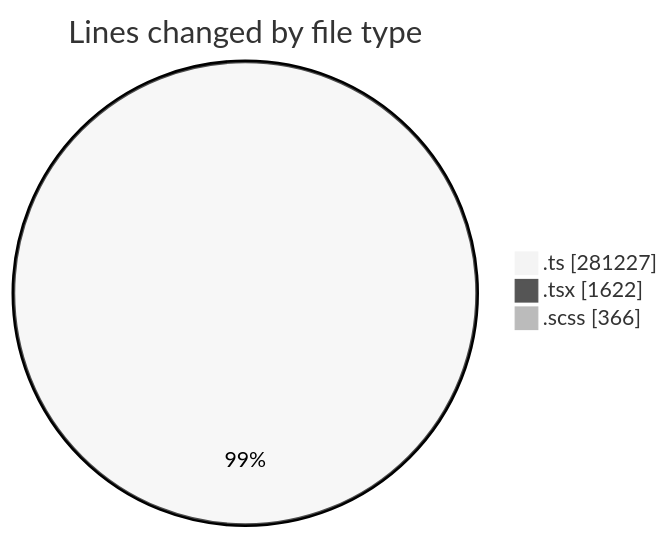
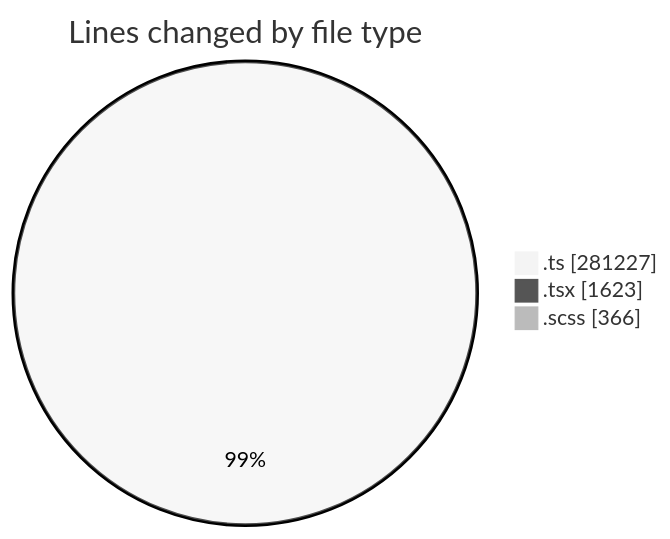
One commit to momahboobian/code-tracking changed the first of 2 diagrams in 2025-08-22/cda/README.md. Above: the diagram before and after it, drawn with Mermaid (neutral theme). The commit also changed other lines of this file and 1 other file, not shown here.

````diff
--- a/2025-08-22/cda/README.md
+++ b/2025-08-22/cda/README.md
@@ -40,7 +40,7 @@
 ```mermaid
 pie showData
 title Lines changed by file type
 ".ts" : 281227
-".tsx" : 1622
+".tsx" : 1623
 ".scss" : 366
 ```
````
